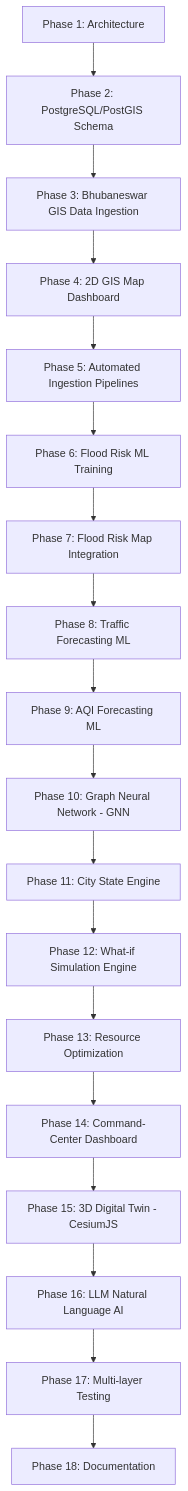
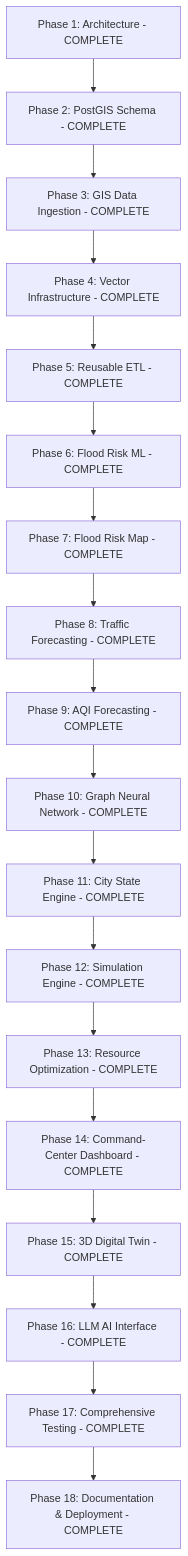
Before and after one commit to subasis3124/bbsr-digital-twin: the diagram in ROADMAP.md, drawn with Mermaid. The commit also changed other lines of this file and 27 other files, not shown here.

Commit message:
docs(phase-18): complete documentation and deployment preparation

````diff
--- a/ROADMAP.md
+++ b/ROADMAP.md
@@ -7,20 +7,20 @@
 ```mermaid
 graph TD
-    Phase1[Phase 1: Architecture] --> Phase2[Phase 2: PostgreSQL/PostGIS Schema]
-    Phase2 --> Phase3[Phase 3: Bhubaneswar GIS Data Ingestion]
-    Phase3 --> Phase4[Phase 4: 2D GIS Map Dashboard]
-    Phase4 --> Phase5[Phase 5: Automated Ingestion Pipelines]
-    Phase5 --> Phase6[Phase 6: Flood Risk ML Training]
-    Phase6 --> Phase7[Phase 7: Flood Risk Map Integration]
-    Phase7 --> Phase8[Phase 8: Traffic Forecasting ML]
-    Phase8 --> Phase9[Phase 9: AQI Forecasting ML]
-    Phase9 --> Phase10[Phase 10: Graph Neural Network - GNN]
-    Phase10 --> Phase11[Phase 11: City State Engine]
-    Phase11 --> Phase12[Phase 12: What-if Simulation Engine]
-    Phase12 --> Phase13[Phase 13: Resource Optimization]
-    Phase13 --> Phase14[Phase 14: Command-Center Dashboard]
-    Phase14 --> Phase15[Phase 15: 3D Digital Twin - CesiumJS]
-    Phase15 --> Phase16[Phase 16: LLM Natural Language AI]
-    Phase16 --> Phase17[Phase 17: Multi-layer Testing]
-    Phase17 --> Phase18[Phase 18: Documentation]
+    Phase1[Phase 1: Architecture - COMPLETE] --> Phase2[Phase 2: PostGIS Schema - COMPLETE]
+    Phase2 --> Phase3[Phase 3: GIS Data Ingestion - COMPLETE]
+    Phase3 --> Phase4[Phase 4: Vector Infrastructure - COMPLETE]
+    Phase4 --> Phase5[Phase 5: Reusable ETL - COMPLETE]
+    Phase5 --> Phase6[Phase 6: Flood Risk ML - COMPLETE]
+    Phase6 --> Phase7[Phase 7: Flood Risk Map - COMPLETE]
+    Phase7 --> Phase8[Phase 8: Traffic Forecasting - COMPLETE]
+    Phase8 --> Phase9[Phase 9: AQI Forecasting - COMPLETE]
+    Phase9 --> Phase10[Phase 10: Graph Neural Network - COMPLETE]
+    Phase10 --> Phase11[Phase 11: City State Engine - COMPLETE]
+    Phase11 --> Phase12[Phase 12: Simulation Engine - COMPLETE]
+    Phase12 --> Phase13[Phase 13: Resource Optimization - COMPLETE]
+    Phase13 --> Phase14[Phase 14: Command-Center Dashboard - COMPLETE]
+    Phase14 --> Phase15[Phase 15: 3D Digital Twin - COMPLETE]
+    Phase15 --> Phase16[Phase 16: LLM AI Interface - COMPLETE]
+    Phase16 --> Phase17[Phase 17: Comprehensive Testing - COMPLETE]
+    Phase17 --> Phase18[Phase 18: Documentation & Deployment - COMPLETE]
 ```
````
